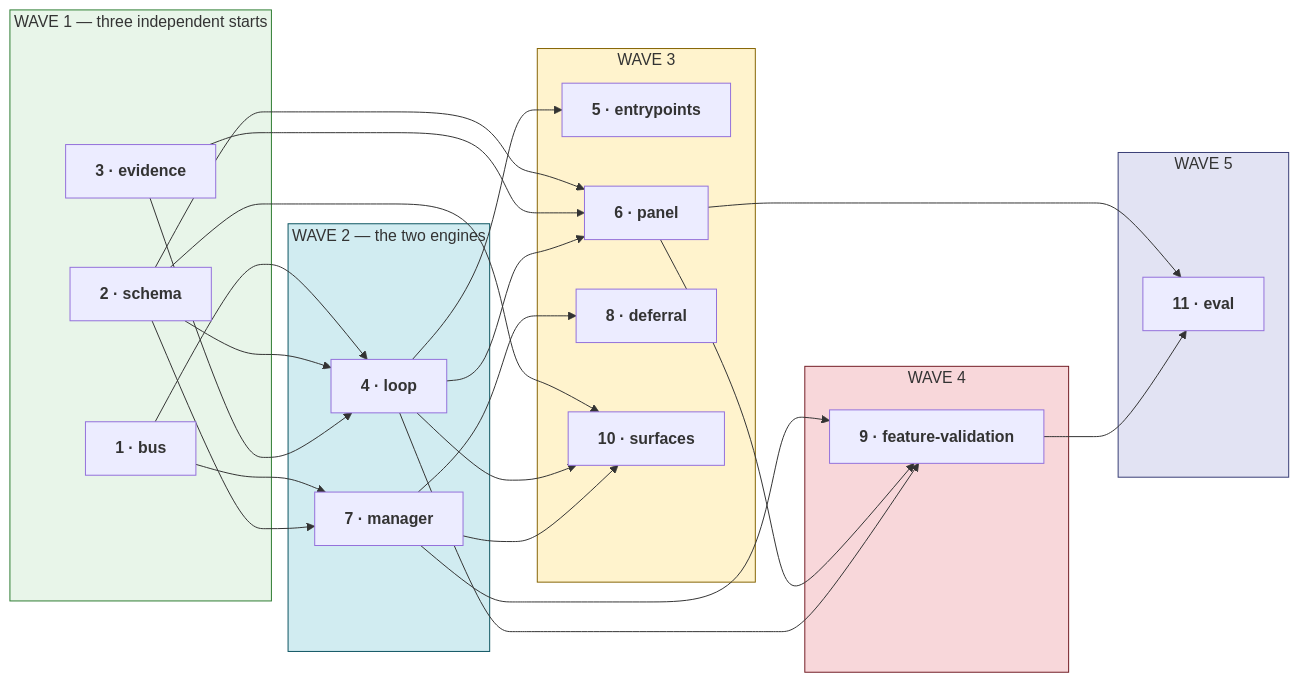
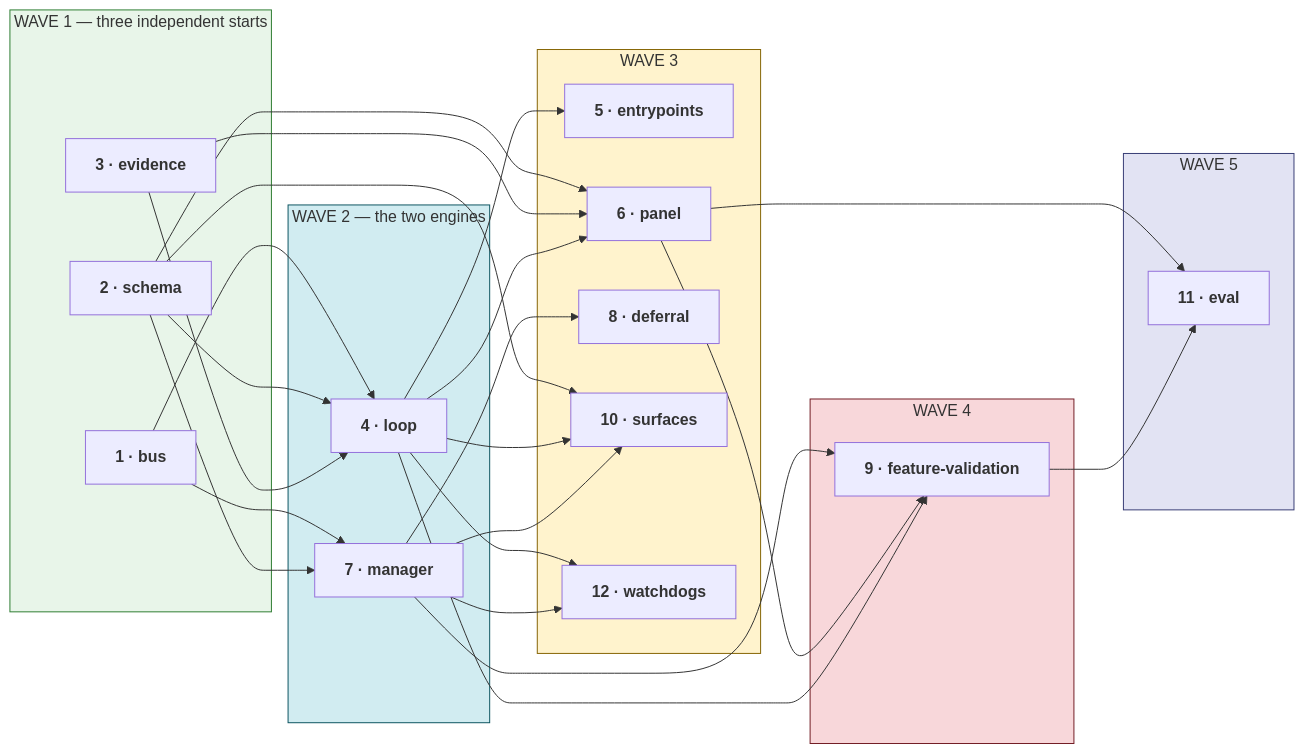
The tenth of 10 diagrams in docs/superpowers/specs/2026-08-08-validation-panel-design.md (gonandrap/agentic_os), drawn with Mermaid before and after one commit. The commit also changed other lines of this file and 1 other file, not shown here.

````diff
--- a/docs/superpowers/specs/2026-08-08-validation-panel-design.md
+++ b/docs/superpowers/specs/2026-08-08-validation-panel-design.md
@@ -635,49 +907,52 @@
 ```mermaid
 flowchart LR
     subgraph W1["WAVE 1 — three independent starts"]
         bus["<b>1 · bus</b>"]
         schema["<b>2 · schema</b>"]
         evidence["<b>3 · evidence</b>"]
     end
     subgraph W2["WAVE 2 — the two engines"]
         loop["<b>4 · loop</b>"]
         manager["<b>7 · manager</b>"]
     end
     subgraph W3["WAVE 3"]
         entry["<b>5 · entrypoints</b>"]
         panel["<b>6 · panel</b>"]
         defer["<b>8 · deferral</b>"]
         surf["<b>10 · surfaces</b>"]
+        watch["<b>12 · watchdogs</b>"]
     end
     subgraph W4["WAVE 4"]
         fval["<b>9 · feature-validation</b>"]
     end
     subgraph W5["WAVE 5"]
         ev["<b>11 · eval</b>"]
     end
 
+    loop --> watch
+    manager --> watch
     bus --> loop
     schema --> loop
     evidence --> loop
     bus --> manager
     schema --> manager
     loop --> entry
     schema --> panel
     evidence --> panel
     loop --> panel
     manager --> defer
     schema --> surf
     loop --> surf
     manager --> surf
     manager --> fval
     panel --> fval
     loop --> fval
     panel --> ev
     fval --> ev
 
     style W1 fill:#e8f5e9,stroke:#2e7d32
     style W2 fill:#d1ecf1,stroke:#0c5460
     style W3 fill:#fff3cd,stroke:#856404
     style W4 fill:#f8d7da,stroke:#721c24
     style W5 fill:#e2e3f3,stroke:#383d75
 ```
````
